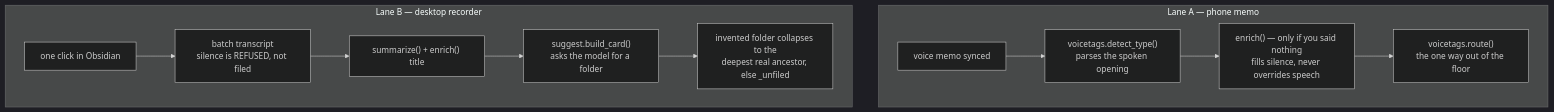
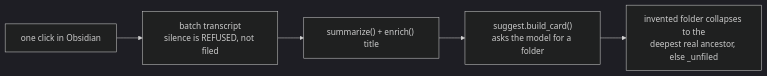
One commit to TimurAkhtemov/slim-obsidian changed the second of 4 diagrams in README.md. Above: the diagram before and after it, drawn with Mermaid (dark theme). The commit also changed other lines of this file and 25 other files, not shown here.

First line of the commit message:
cut the Voice Memos lane

````diff
--- a/README.md
+++ b/README.md
@@ -117,14 +112,7 @@
 ```mermaid
-flowchart TB
-    subgraph A["Lane A — phone memo"]
-        A1["voice memo synced"] --> A2["voicetags.detect_type()<br/>parses the spoken opening"]
-        A2 --> A3["enrich() — only if you said nothing<br/>fills silence, never overrides speech"]
-        A3 --> A4["voicetags.route()<br/>the one way out of the floor"]
-    end
-    subgraph B["Lane B — desktop recorder"]
-        B1["one click in Obsidian"] --> B2["batch transcript<br/>silence is REFUSED, not filed"]
-        B2 --> B3["summarize() + enrich() title"]
-        B3 --> B4["suggest.build_card()<br/>asks the model for a folder"]
-        B4 --> B5["invented folder collapses to the<br/>deepest real ancestor, else _unfiled"]
-    end
+flowchart LR
+    B1["one click in Obsidian"] --> B2["batch transcript<br/>silence is REFUSED, not filed"]
+    B2 --> B3["summarize() + enrich() title"]
+    B3 --> B4["suggest.build_card()<br/>asks the model for a folder"]
+    B4 --> B5["invented folder collapses to the<br/>deepest real ancestor, else _unfiled"]
 ```
````
